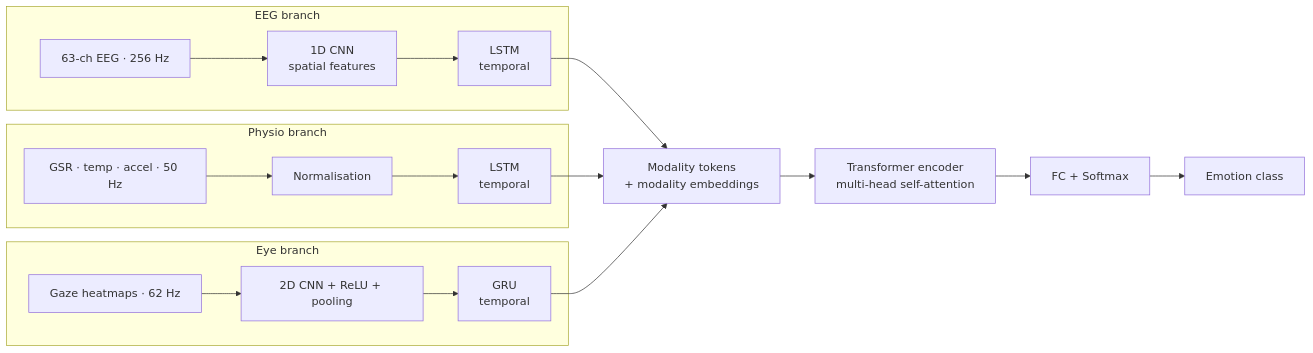
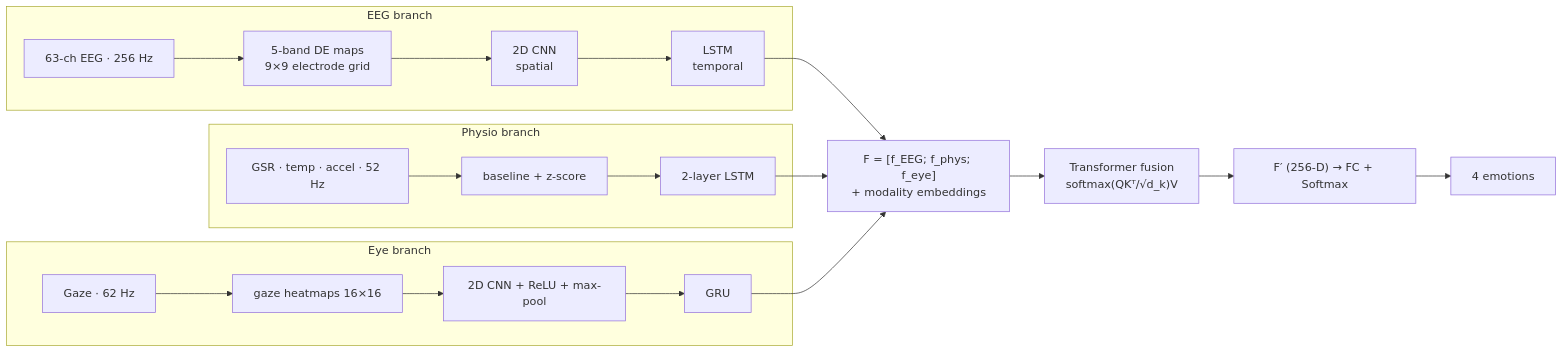
The diagram in README.md (Vishnu868/Multimodal-Emotion-Recognition-CNN-LSTM-Transformer), drawn with Mermaid before and after one commit. The commit also changed other lines of this file and 6 other files, not shown here.

````diff
--- a/README.md
+++ b/README.md
@@ -11,15 +11,15 @@
 ```mermaid
 flowchart LR
     subgraph EEG[EEG branch]
-        A1[63-ch EEG · 256 Hz] --> A2[1D CNN<br/>spatial features] --> A3[LSTM<br/>temporal]
+        A1[63-ch EEG · 256 Hz] --> A0[5-band DE maps<br/>9×9 electrode grid] --> A2[2D CNN<br/>spatial] --> A3[LSTM<br/>temporal]
     end
     subgraph PHY[Physio branch]
-        B1[GSR · temp · accel · 50 Hz] --> B2[Normalisation] --> B3[LSTM<br/>temporal]
+        B1[GSR · temp · accel · 52 Hz] --> B2[baseline + z-score] --> B3[2-layer LSTM]
     end
     subgraph EYE[Eye branch]
-        C1[Gaze heatmaps · 62 Hz] --> C2[2D CNN + ReLU + pooling] --> C3[GRU<br/>temporal]
+        C1[Gaze · 62 Hz] --> C0[gaze heatmaps 16×16] --> C2[2D CNN + ReLU + max-pool] --> C3[GRU]
     end
-    A3 & B3 & C3 --> D[Modality tokens<br/>+ modality embeddings]
-    D --> E[Transformer encoder<br/>multi-head self-attention]
-    E --> F[FC + Softmax] --> G[Emotion class]
+    A3 & B3 & C3 --> D["F = [f_EEG; f_phys; f_eye]<br/>+ modality embeddings"]
+    D --> E["Transformer fusion<br/>softmax(QKᵀ/√d_k)V"]
+    E --> F["F′ (256-D) → FC + Softmax"] --> G[4 emotions]
 ```
````
